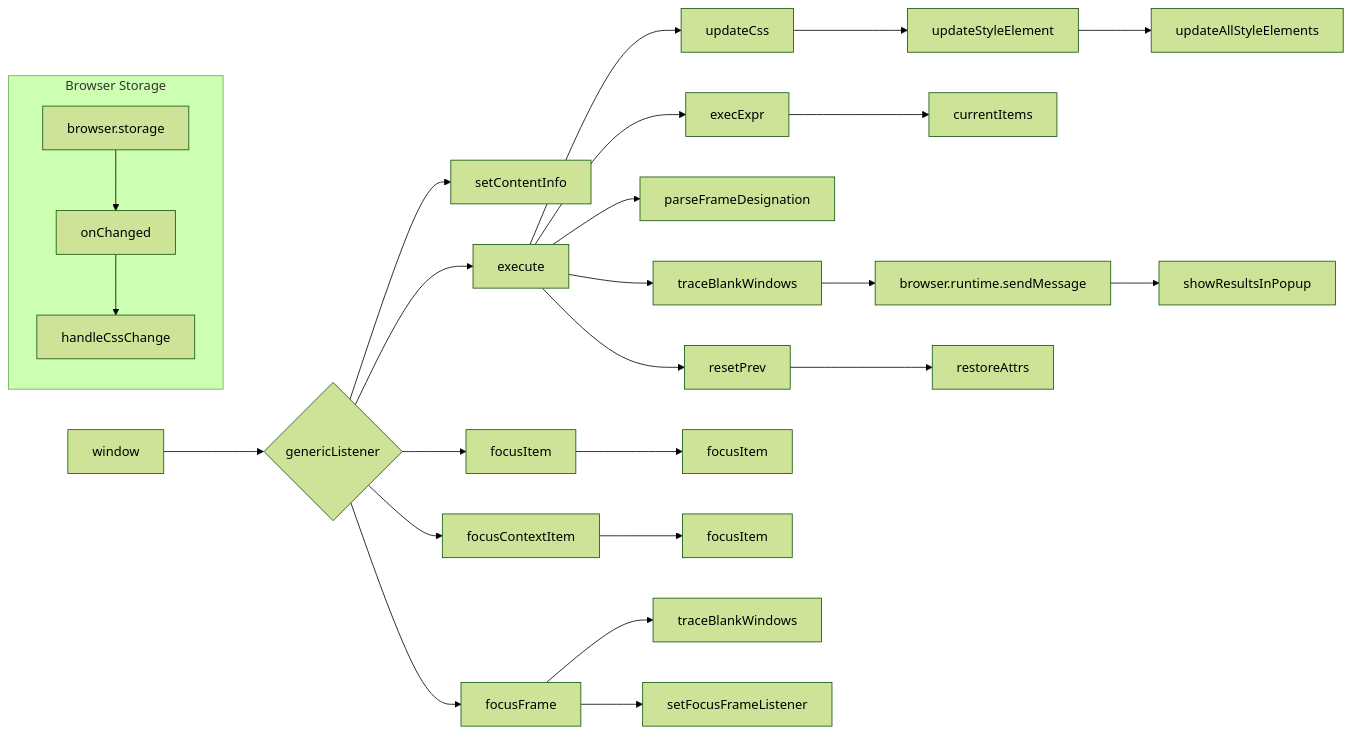
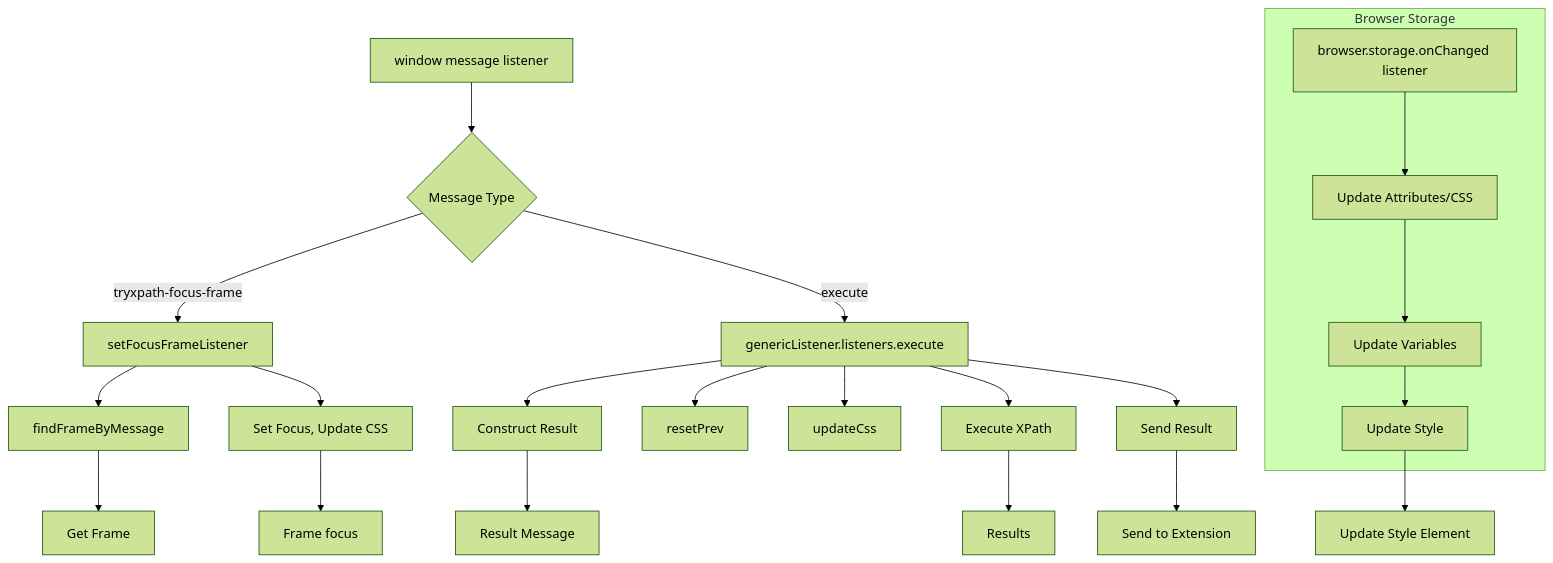
Before and after one commit to hypo69/hypo: the diagram in docs/gemini/ru/explainer/src/webdriver/edge/extentions/try_path_1.3.5/scripts/try_xpath_content.md, drawn with Mermaid (forest theme). The commit also changed other lines of this file and 311 other files, not shown here.

````diff
--- a/docs/gemini/ru/explainer/src/webdriver/edge/extentions/try_path_1.3.5/scripts/try_xpath_content.md
+++ b/docs/gemini/ru/explainer/src/webdriver/edge/extentions/try_path_1.3.5/scripts/try_xpath_content.md
@@ -103,29 +104,24 @@
 ```mermaid
-graph LR
-    A[window] --> B{genericListener};
-    B --> C[setContentInfo];
-    B --> D[execute];
-    B --> E[focusItem];
-    B --> F[focusContextItem];
-    B --> G[focusFrame];
-    D --> H[resetPrev];
-    D --> I[updateCss];
-    D --> J[parseFrameDesignation];
-    D --> K[traceBlankWindows];
-    D --> L[execExpr];
-    K --> M[browser.runtime.sendMessage];
-    L --> N[currentItems];
-    I --> O[updateStyleElement];
-    E --> P[focusItem];
-    F --> Q[focusItem];
-    G --> R[traceBlankWindows];
-    G --> S[setFocusFrameListener];
-    H --> T[restoreAttrs];
-    O --> U[updateAllStyleElements];
-    M --> V[showResultsInPopup];
-    
-    subgraph "Browser Storage"
-        W[browser.storage] --> X[onChanged];
-        X --> Y[handleCssChange];
+graph TD
+    A[window message listener] --> B{Message Type};
+    B -- tryxpath-focus-frame --> C[setFocusFrameListener];
+    B -- execute --> D[genericListener.listeners.execute];
+    C --> E[findFrameByMessage];
+    C --> F[Set Focus, Update CSS];
+    D --> G[resetPrev];
+    D --> H[updateCss];
+    D --> I[Construct Result];
+    D --> J[Execute XPath];
+    D --> K[Send Result];
+    E --> L[Get Frame];
+    F --> M[Frame focus];
+    I --> N[Result Message];
+    J --> O[Results];
+    K --> P[Send to Extension];
+    subgraph Browser Storage
+        Q[browser.storage.onChanged listener] --> R[Update Attributes/CSS];
+        R --> S[Update Variables];
+        S --> T[Update Style];
     end
+    T --> U[Update Style Element];
 ```
````
